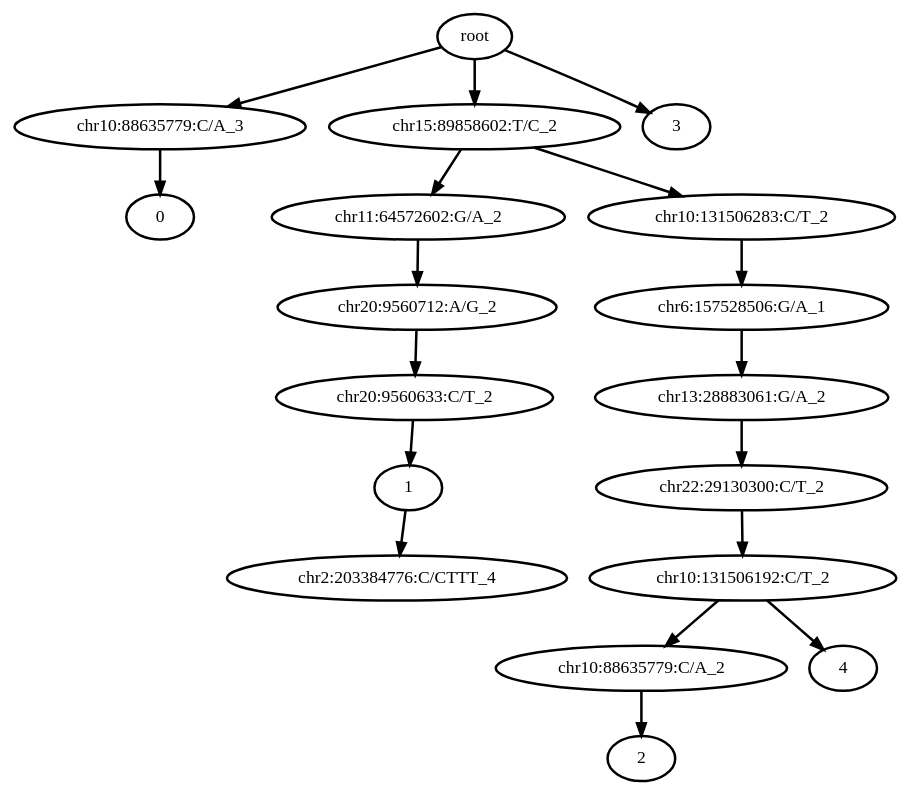
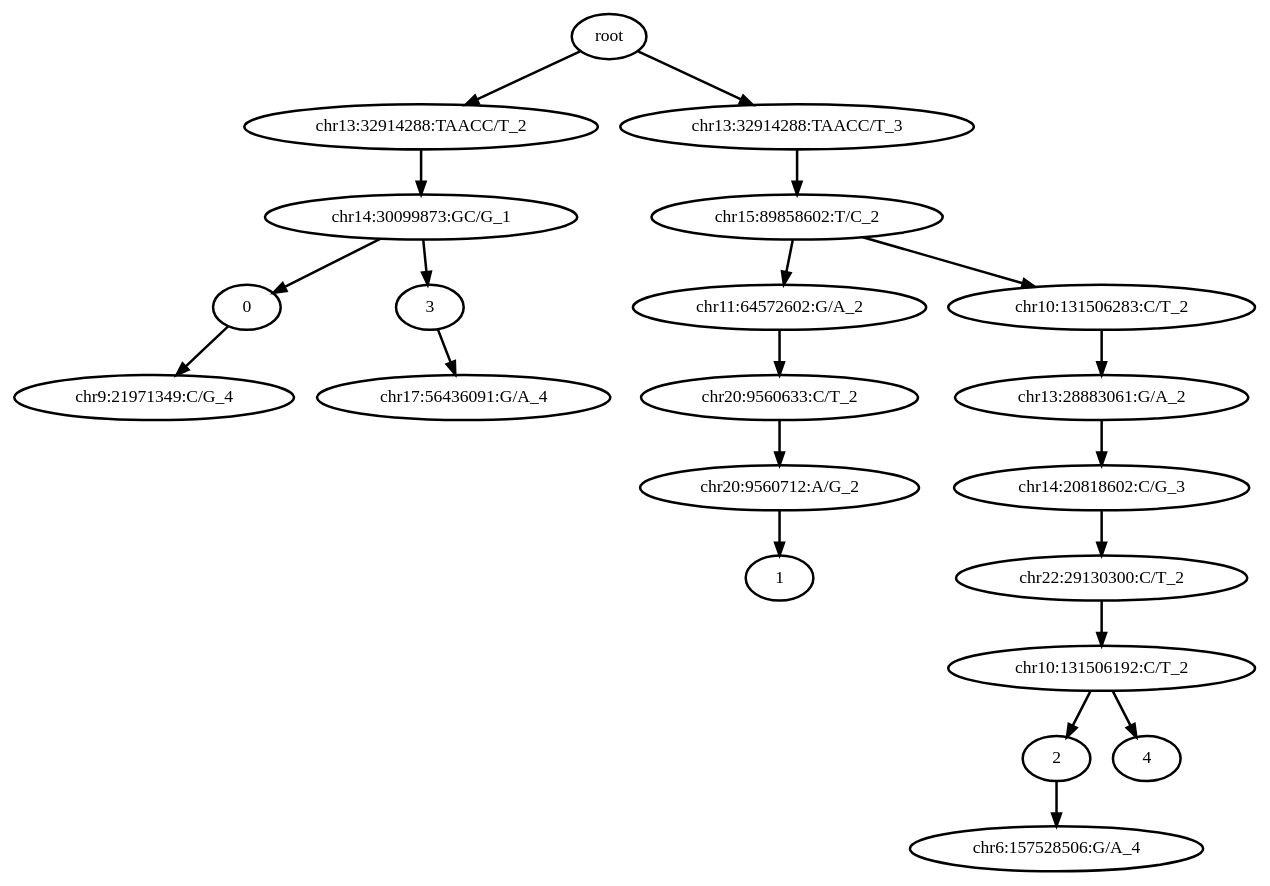
Before and after one commit to haochenz96/Tapestri_main_manuscript_analysis: the diagram in 0_condor_pipeline/condor_outputs/BPA-3/out_tree.dot, drawn with Graphviz. The commit also changed 104 other files, not shown here.

```diff
--- a/0_condor_pipeline/condor_outputs/BPA-3/out_tree.dot
+++ b/0_condor_pipeline/condor_outputs/BPA-3/out_tree.dot
@@ -1,39 +1,45 @@
 digraph N {
 	overlap="false"
 	rankdir="TB"
 	0 [label="root", style="bold"];
-	1 [label="chr10:88635779:C/A_3", style="bold"];
-	2 [label="0", style="bold"];
-	3 [label="chr15:89858602:T/C_2", style="bold"];
-	4 [label="chr11:64572602:G/A_2", style="bold"];
-	5 [label="chr20:9560712:A/G_2", style="bold"];
-	6 [label="chr20:9560633:C/T_2", style="bold"];
-	7 [label="1", style="bold"];
-	8 [label="chr10:131506283:C/T_2", style="bold"];
-	9 [label="chr6:157528506:G/A_1", style="bold"];
-	10 [label="chr13:28883061:G/A_2", style="bold"];
-	11 [label="chr22:29130300:C/T_2", style="bold"];
-	12 [label="chr10:131506192:C/T_2", style="bold"];
-	13 [label="chr10:88635779:C/A_2", style="bold"];
-	14 [label="2", style="bold"];
-	15 [label="3", style="bold"];
-	16 [label="4", style="bold"];
-	17 [label="chr2:203384776:C/CTTT_4", style="bold"];
+	1 [label="chr13:32914288:TAACC/T_2", style="bold"];
+	2 [label="chr14:30099873:GC/G_1", style="bold"];
+	3 [label="0", style="bold"];
+	4 [label="chr13:32914288:TAACC/T_3", style="bold"];
+	5 [label="chr15:89858602:T/C_2", style="bold"];
+	6 [label="chr11:64572602:G/A_2", style="bold"];
+	7 [label="chr20:9560633:C/T_2", style="bold"];
+	8 [label="chr20:9560712:A/G_2", style="bold"];
+	9 [label="1", style="bold"];
+	10 [label="chr10:131506283:C/T_2", style="bold"];
+	11 [label="chr13:28883061:G/A_2", style="bold"];
+	12 [label="chr14:20818602:C/G_3", style="bold"];
+	13 [label="chr22:29130300:C/T_2", style="bold"];
+	14 [label="chr10:131506192:C/T_2", style="bold"];
+	15 [label="2", style="bold"];
+	16 [label="3", style="bold"];
+	17 [label="4", style="bold"];
+	18 [label="chr9:21971349:C/G_4", style="bold"];
+	19 [label="chr6:157528506:G/A_4", style="bold"];
+	20 [label="chr17:56436091:G/A_4", style="bold"];
 	0 -> 1 [style="bold"];
-	0 -> 3 [style="bold"];
-	0 -> 15 [style="bold"];
+	0 -> 4 [style="bold"];
 	1 -> 2 [style="bold"];
-	3 -> 4 [style="bold"];
-	3 -> 8 [style="bold"];
+	2 -> 3 [style="bold"];
+	2 -> 16 [style="bold"];
+	3 -> 18 [style="bold"];
 	4 -> 5 [style="bold"];
 	5 -> 6 [style="bold"];
+	5 -> 10 [style="bold"];
 	6 -> 7 [style="bold"];
-	7 -> 17 [style="bold"];
+	7 -> 8 [style="bold"];
 	8 -> 9 [style="bold"];
-	9 -> 10 [style="bold"];
 	10 -> 11 [style="bold"];
 	11 -> 12 [style="bold"];
 	12 -> 13 [style="bold"];
-	12 -> 16 [style="bold"];
 	13 -> 14 [style="bold"];
+	14 -> 15 [style="bold"];
+	14 -> 17 [style="bold"];
+	15 -> 19 [style="bold"];
+	16 -> 20 [style="bold"];
 }
```
